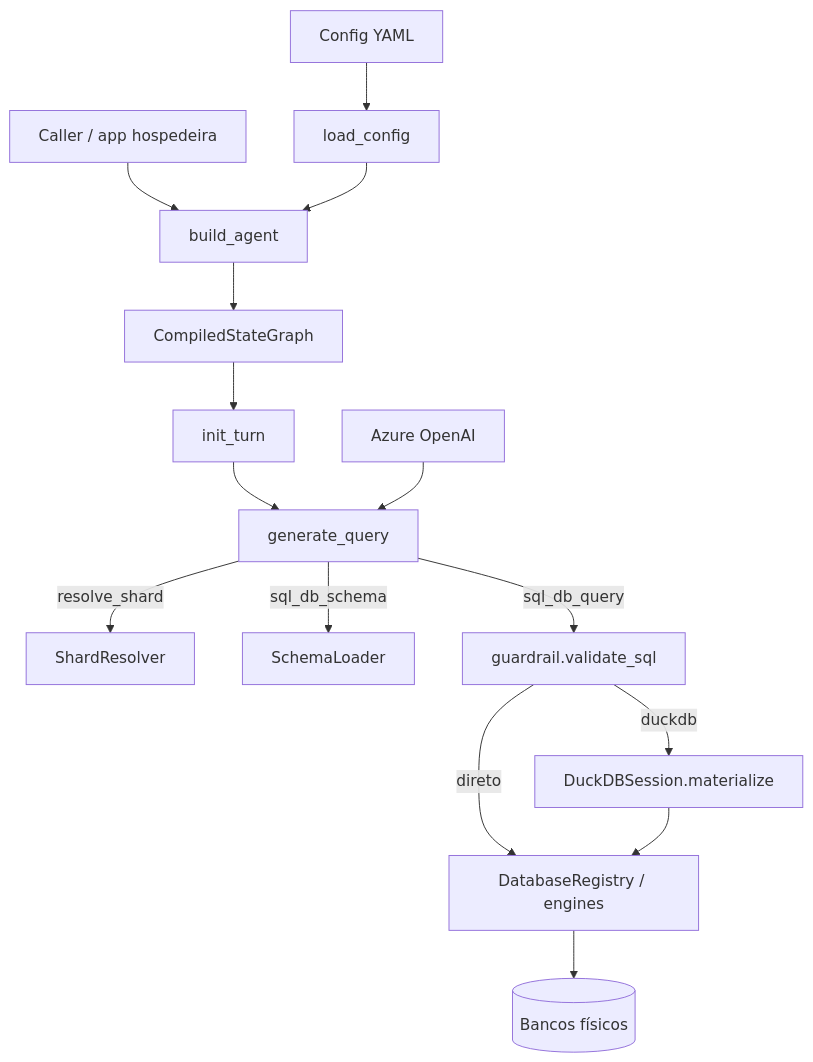
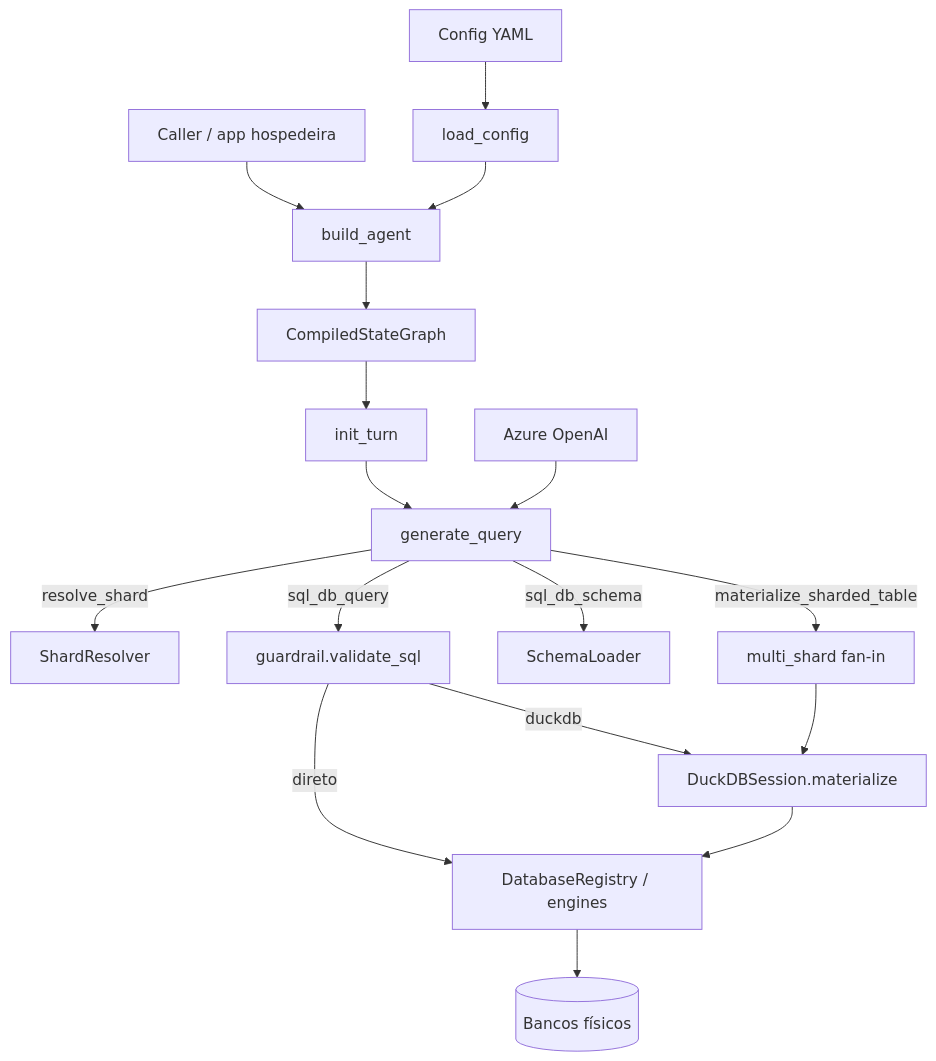
The diagram in docs/arquitetura.md (felipph/text2sql-agent), drawn with Mermaid before and after one commit. The commit also changed other lines of this file and 9 other files, not shown here.

Commit message:
feat(agent): multi-shard DuckDB fan-in via materialize_sharded_table

````diff
--- a/docs/arquitetura.md
+++ b/docs/arquitetura.md
@@ -9,19 +9,21 @@
 ```mermaid
 flowchart TB
   Caller[Caller / app hospedeira] --> BA[build_agent]
   YAML[Config YAML] --> LC[load_config]
   LC --> BA
   BA --> Graph[CompiledStateGraph]
 
   Graph --> IT[init_turn]
   IT --> GQ[generate_query]
   GQ -->|resolve_shard| SR[ShardResolver]
+  GQ -->|materialize_sharded_table| MS[multi_shard fan-in]
   GQ -->|sql_db_schema| SL[SchemaLoader]
   GQ -->|sql_db_query| GR[guardrail.validate_sql]
   GR -->|direto| REG[DatabaseRegistry / engines]
   GR -->|duckdb| DD[DuckDBSession.materialize]
+  MS --> DD
   DD --> REG
 
   LLM[Azure OpenAI] --> GQ
   REG --> DB[(Bancos físicos)]
 ```
````
